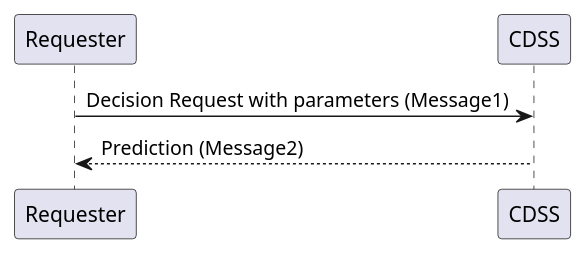
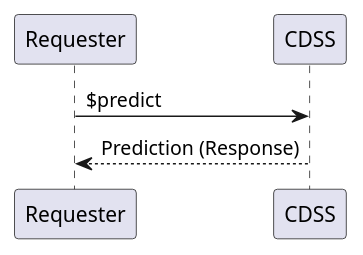
One commit to joofio/obs-cdss-fhir changed the diagram in input/images-source/system.plantuml. Above: the diagram before and after it, drawn with PlantUML. The commit also changed 6 other files, not shown here.

```diff
--- a/input/images-source/system.plantuml
+++ b/input/images-source/system.plantuml
@@ -1,6 +1,6 @@
 @startuml
-Requester -> CDSS: Decision Request with parameters (Message1)
-CDSS --> Requester: Prediction (Message2)
+Requester -> CDSS: $predict
+CDSS --> Requester: Prediction (Response)
 
 
 @enduml
```
